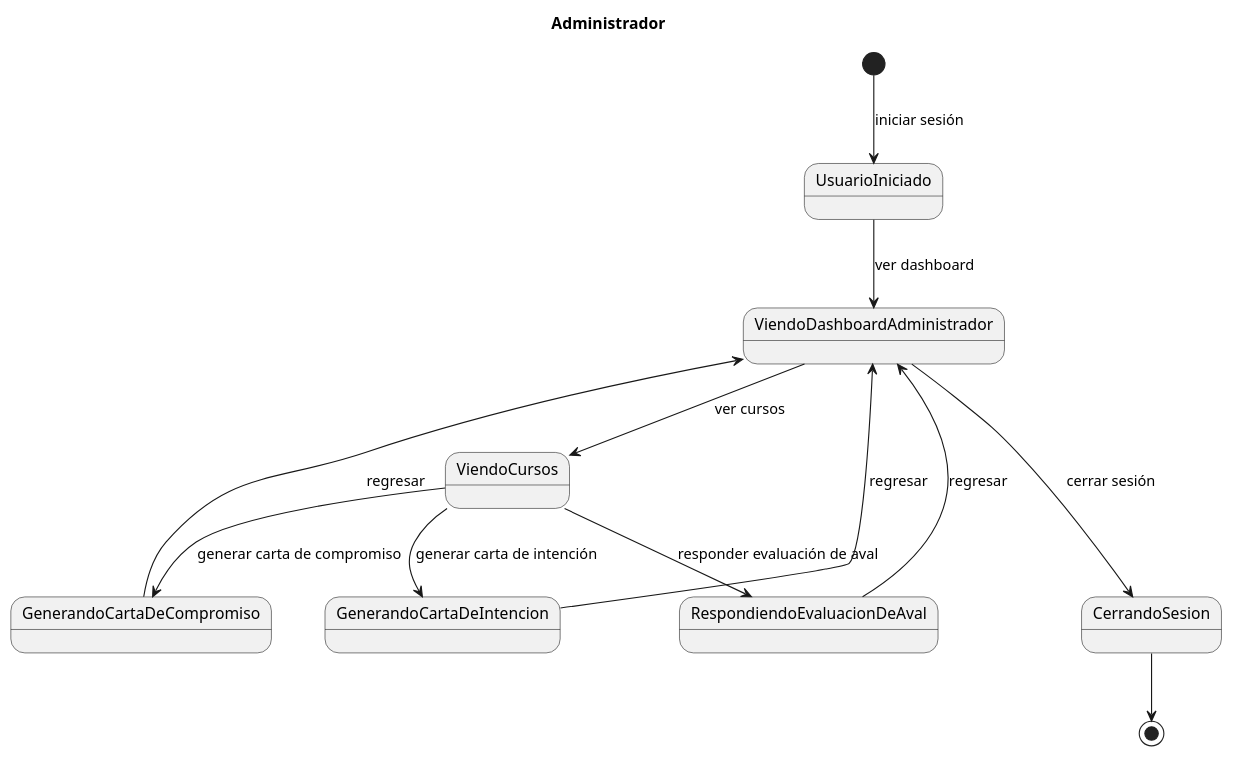
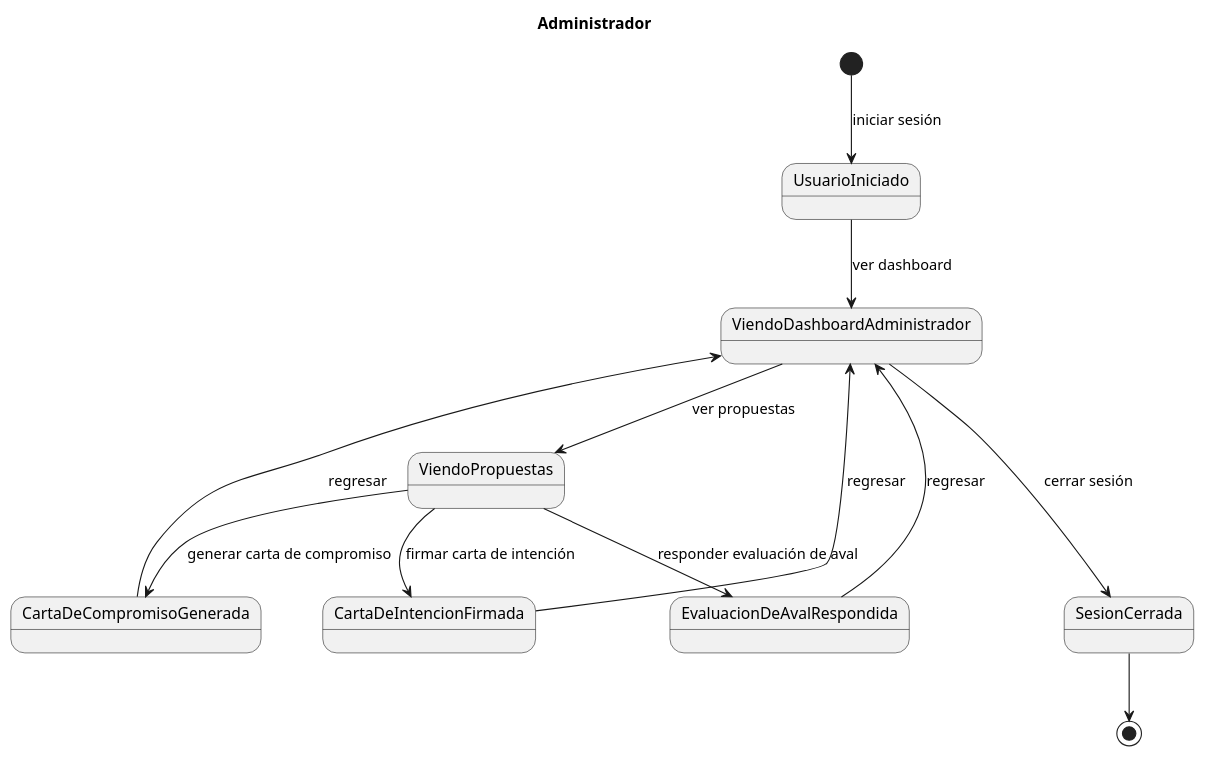
Before and after one commit to Samantha-Ramirez/ProyectoEquipo7ING: the diagram in docs/scenariosView/DisciplinaDeRequisitosDiagramaDeEstadoRelacionAdministrador.plantuml, drawn with PlantUML. The commit also changed 8 other files, not shown here.

```diff
--- a/docs/scenariosView/DisciplinaDeRequisitosDiagramaDeEstadoRelacionAdministrador.plantuml
+++ b/docs/scenariosView/DisciplinaDeRequisitosDiagramaDeEstadoRelacionAdministrador.plantuml
@@ -1,16 +1,16 @@
 @startuml DisciplinaDeRequisitosDiagramaDeEstadoRelacionAdministrador
 title Administrador
 
 [*] --> UsuarioIniciado : iniciar sesión
 UsuarioIniciado --> ViendoDashboardAdministrador : ver dashboard
-ViendoDashboardAdministrador --> ViendoCursos : ver cursos
-ViendoCursos --> RespondiendoEvaluacionDeAval : responder evaluación de aval
-RespondiendoEvaluacionDeAval --> ViendoDashboardAdministrador : regresar
-ViendoCursos --> GenerandoCartaDeIntencion : generar carta de intención
-GenerandoCartaDeIntencion --> ViendoDashboardAdministrador : regresar
-ViendoCursos --> GenerandoCartaDeCompromiso : generar carta de compromiso
-GenerandoCartaDeCompromiso --> ViendoDashboardAdministrador : regresar
-ViendoDashboardAdministrador ---> CerrandoSesion : cerrar sesión 
-CerrandoSesion --> [*]
+ViendoDashboardAdministrador --> ViendoPropuestas : ver propuestas
+ViendoPropuestas --> EvaluacionDeAvalRespondida : responder evaluación de aval
+EvaluacionDeAvalRespondida --> ViendoDashboardAdministrador : regresar
+ViendoPropuestas --> CartaDeIntencionFirmada : firmar carta de intención
+CartaDeIntencionFirmada --> ViendoDashboardAdministrador : regresar
+ViendoPropuestas --> CartaDeCompromisoGenerada : generar carta de compromiso
+CartaDeCompromisoGenerada --> ViendoDashboardAdministrador : regresar
+ViendoDashboardAdministrador ---> SesionCerrada : cerrar sesión 
+SesionCerrada --> [*]
 
 @enduml
```
